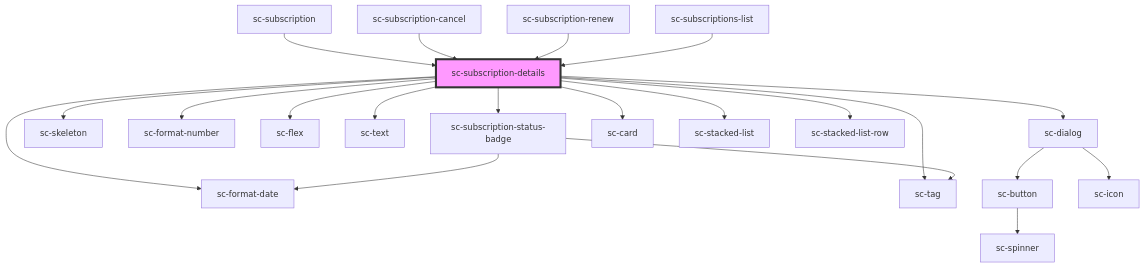
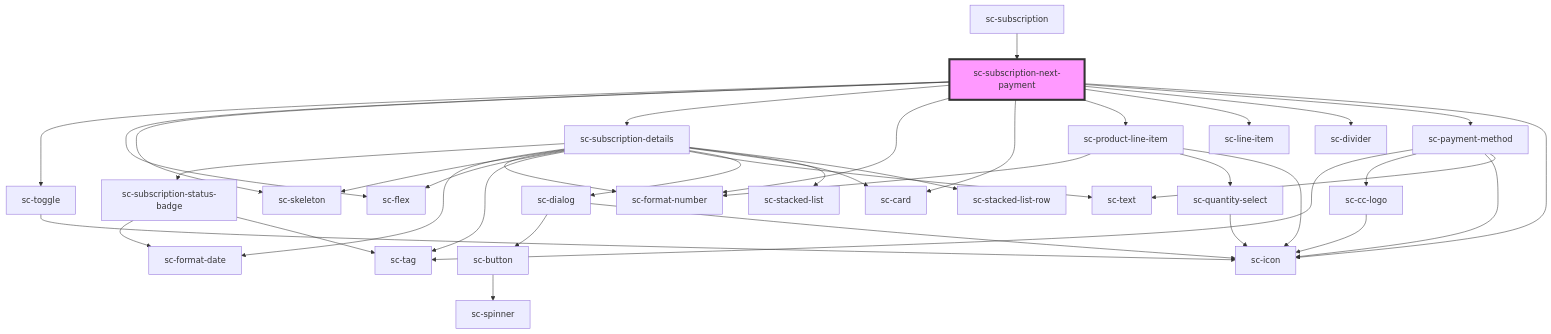
Before and after one commit to surecart/surecart-wp-plugin: the diagram in packages/components/src/components/controllers/dashboard/subscription-details/readme.md, drawn with Mermaid. The commit also changed other lines of this file and 44 other files, not shown here.

````diff
--- a/packages/components/src/components/controllers/dashboard/subscription-details/readme.md
+++ b/packages/components/src/components/controllers/dashboard/subscription-details/readme.md
@@ -41,24 +36,42 @@
 ```mermaid
 graph TD;
+  sc-subscription-next-payment --> sc-toggle
+  sc-subscription-next-payment --> sc-flex
+  sc-subscription-next-payment --> sc-skeleton
+  sc-subscription-next-payment --> sc-subscription-details
+  sc-subscription-next-payment --> sc-format-number
+  sc-subscription-next-payment --> sc-card
+  sc-subscription-next-payment --> sc-product-line-item
+  sc-subscription-next-payment --> sc-line-item
+  sc-subscription-next-payment --> sc-divider
+  sc-subscription-next-payment --> sc-payment-method
+  sc-subscription-next-payment --> sc-icon
+  sc-toggle --> sc-icon
   sc-subscription-details --> sc-subscription-status-badge
   sc-subscription-details --> sc-format-date
   sc-subscription-details --> sc-skeleton
   sc-subscription-details --> sc-format-number
   sc-subscription-details --> sc-flex
   sc-subscription-details --> sc-tag
   sc-subscription-details --> sc-text
   sc-subscription-details --> sc-dialog
   sc-subscription-details --> sc-card
   sc-subscription-details --> sc-stacked-list
   sc-subscription-details --> sc-stacked-list-row
   sc-subscription-status-badge --> sc-format-date
   sc-subscription-status-badge --> sc-tag
   sc-dialog --> sc-button
   sc-dialog --> sc-icon
   sc-button --> sc-spinner
-  sc-subscription --> sc-subscription-details
-  sc-subscription-cancel --> sc-subscription-details
-  sc-subscription-renew --> sc-subscription-details
-  sc-subscriptions-list --> sc-subscription-details
-  style sc-subscription-details fill:#f9f,stroke:#333,stroke-width:4px
+  sc-product-line-item --> sc-format-number
+  sc-product-line-item --> sc-quantity-select
+  sc-product-line-item --> sc-icon
+  sc-quantity-select --> sc-icon
+  sc-payment-method --> sc-tag
+  sc-payment-method --> sc-cc-logo
+  sc-payment-method --> sc-icon
+  sc-payment-method --> sc-text
+  sc-cc-logo --> sc-icon
+  sc-subscription --> sc-subscription-next-payment
+  style sc-subscription-next-payment fill:#f9f,stroke:#333,stroke-width:4px
 ```
````
